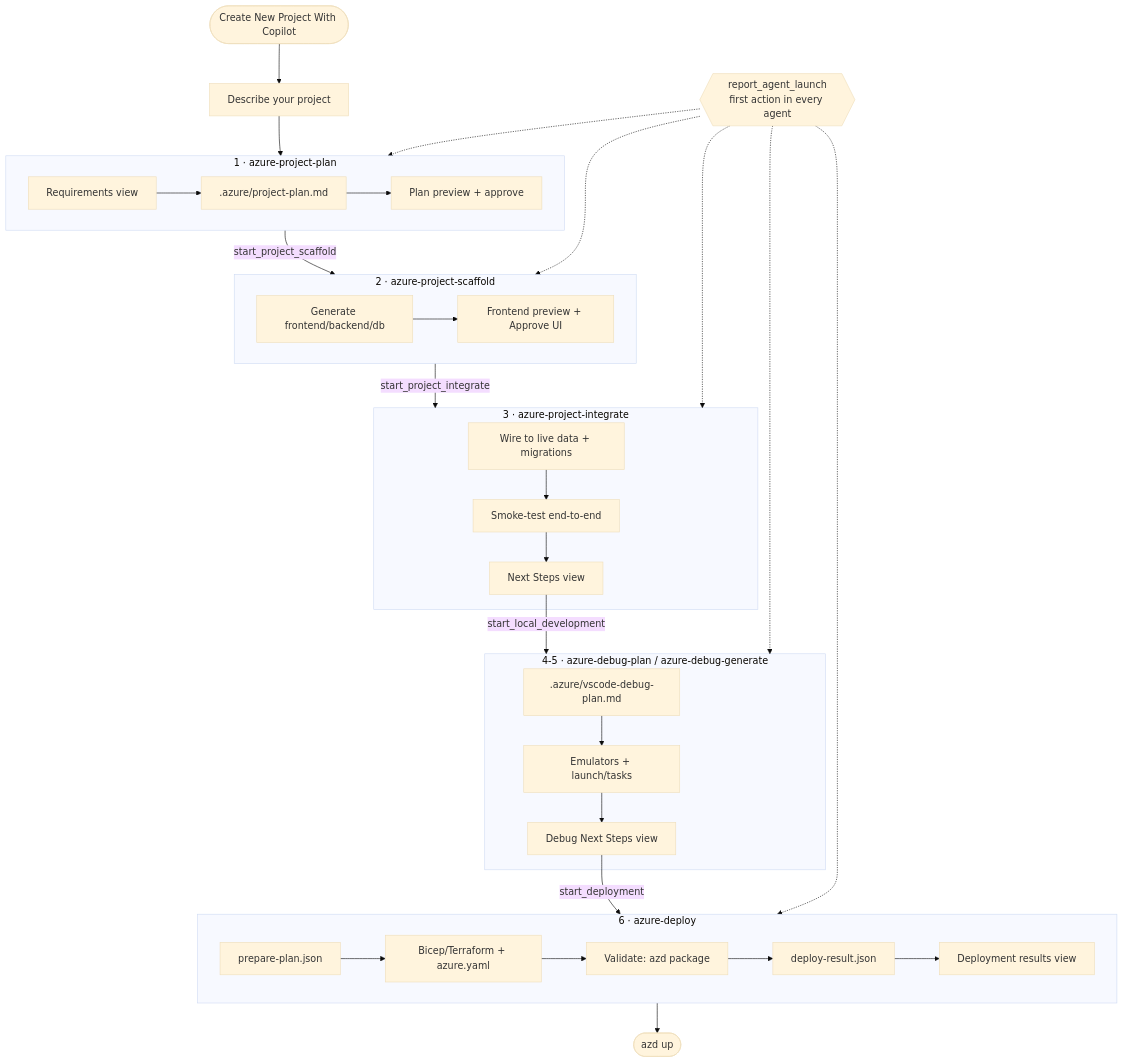
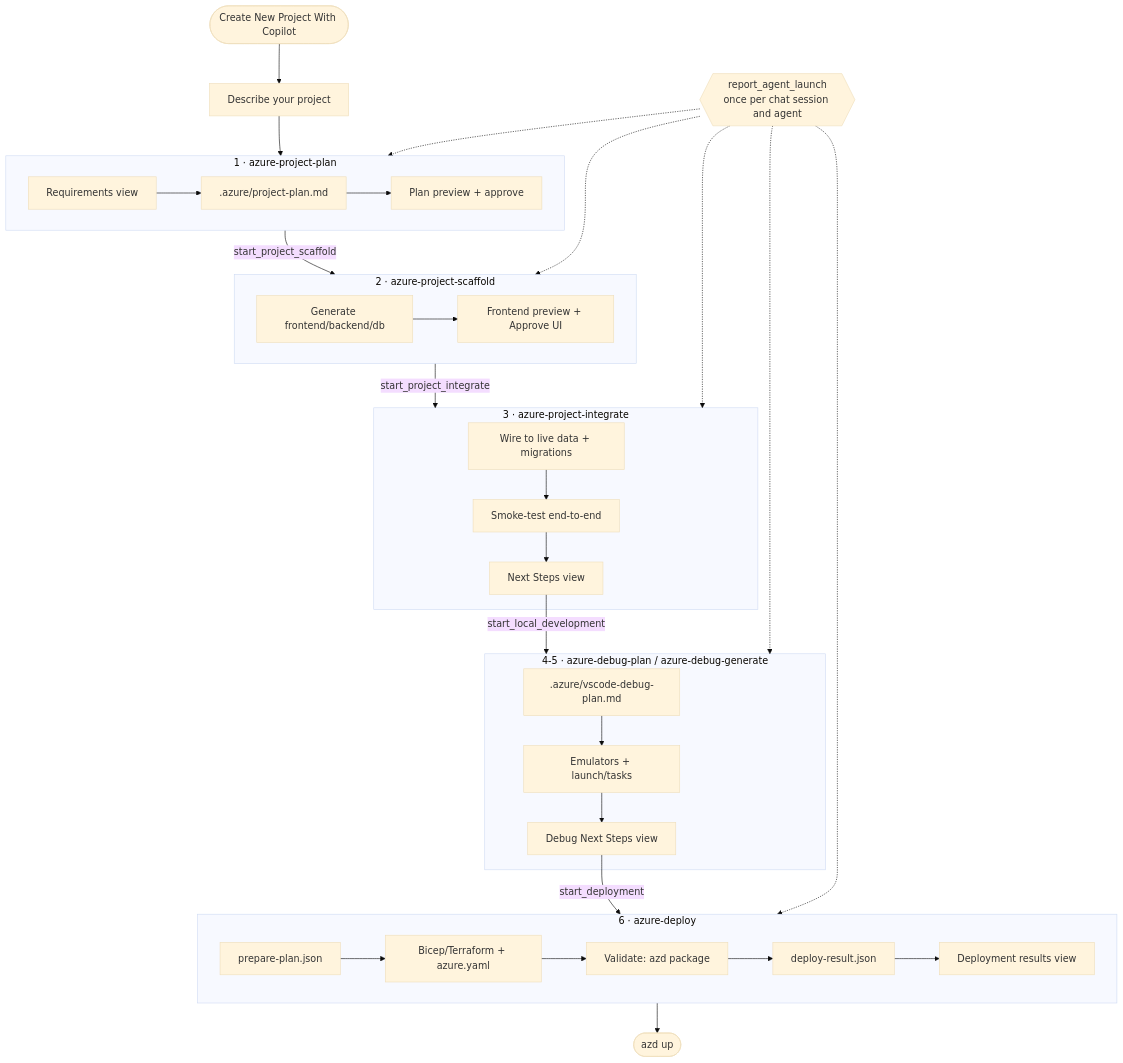
The diagram in docs/copilot-create-project.md (microsoft/vscode-azureresourcegroups), drawn with Mermaid (base theme) before and after one commit. The commit also changed other lines of this file and 9 other files, not shown here.

````diff
--- a/docs/copilot-create-project.md
+++ b/docs/copilot-create-project.md
@@ -71,41 +71,41 @@
 ```mermaid
 flowchart TD
-    Start([Create New Project With Copilot]) --> Prompt[Describe your project]
+    Start(["Create New Project With Copilot"]) --> Prompt["Describe your project"]
     Prompt --> Plan
-    StartupReport{{report_agent_launch<br/>first action in every agent}}
+    StartupReport{{"report_agent_launch<br/>once per chat session and agent"}}
 
-    subgraph Plan[1 · azure-project-plan]
-        Req[Requirements view] --> PlanDoc[.azure/project-plan.md] --> PlanView[Plan preview + approve]
+    subgraph Plan["1 · azure-project-plan"]
+        Req["Requirements view"] --> PlanDoc[".azure/project-plan.md"] --> PlanView["Plan preview + approve"]
     end
 
-    Plan -->|start_project_scaffold| Scaffold
+    Plan -->|"start_project_scaffold"| Scaffold
 
-    subgraph Scaffold[2 · azure-project-scaffold]
-        Gen[Generate frontend/backend/db] --> Preview[Frontend preview + Approve UI]
+    subgraph Scaffold["2 · azure-project-scaffold"]
+        Gen["Generate frontend/backend/db"] --> Preview["Frontend preview + Approve UI"]
     end
 
-    Scaffold -->|start_project_integrate| Integrate
+    Scaffold -->|"start_project_integrate"| Integrate
 
-    subgraph Integrate[3 · azure-project-integrate]
-        Wire[Wire to live data + migrations] --> Smoke[Smoke-test end-to-end] --> Next1[Next Steps view]
+    subgraph Integrate["3 · azure-project-integrate"]
+        Wire["Wire to live data + migrations"] --> Smoke["Smoke-test end-to-end"] --> Next1["Next Steps view"]
     end
 
-    Next1 -->|start_local_development| Debug
+    Next1 -->|"start_local_development"| Debug
 
-    subgraph Debug[4-5 · azure-debug-plan / azure-debug-generate]
-        DbgPlan[.azure/vscode-debug-plan.md] --> DbgGen[Emulators + launch/tasks] --> Next2[Debug Next Steps view]
+    subgraph Debug["4-5 · azure-debug-plan / azure-debug-generate"]
+        DbgPlan[".azure/vscode-debug-plan.md"] --> DbgGen["Emulators + launch/tasks"] --> Next2["Debug Next Steps view"]
     end
 
-    Next2 -->|start_deployment| Deploy
+    Next2 -->|"start_deployment"| Deploy
 
-    subgraph Deploy[6 · azure-deploy]
-        DepPlan[prepare-plan.json] --> Infra[Bicep/Terraform + azure.yaml] --> AzdPkg[Validate: azd package] --> DepResult[deploy-result.json] --> ResultView[Deployment results view]
+    subgraph Deploy["6 · azure-deploy"]
+        DepPlan["prepare-plan.json"] --> Infra["Bicep/Terraform + azure.yaml"] --> AzdPkg["Validate: azd package"] --> DepResult["deploy-result.json"] --> ResultView["Deployment results view"]
     end
 
     StartupReport -.-> Plan
     StartupReport -.-> Scaffold
     StartupReport -.-> Integrate
     StartupReport -.-> Debug
     StartupReport -.-> Deploy
-    Deploy --> Done([azd up])
+    Deploy --> Done(["azd up"])
 ```
````
